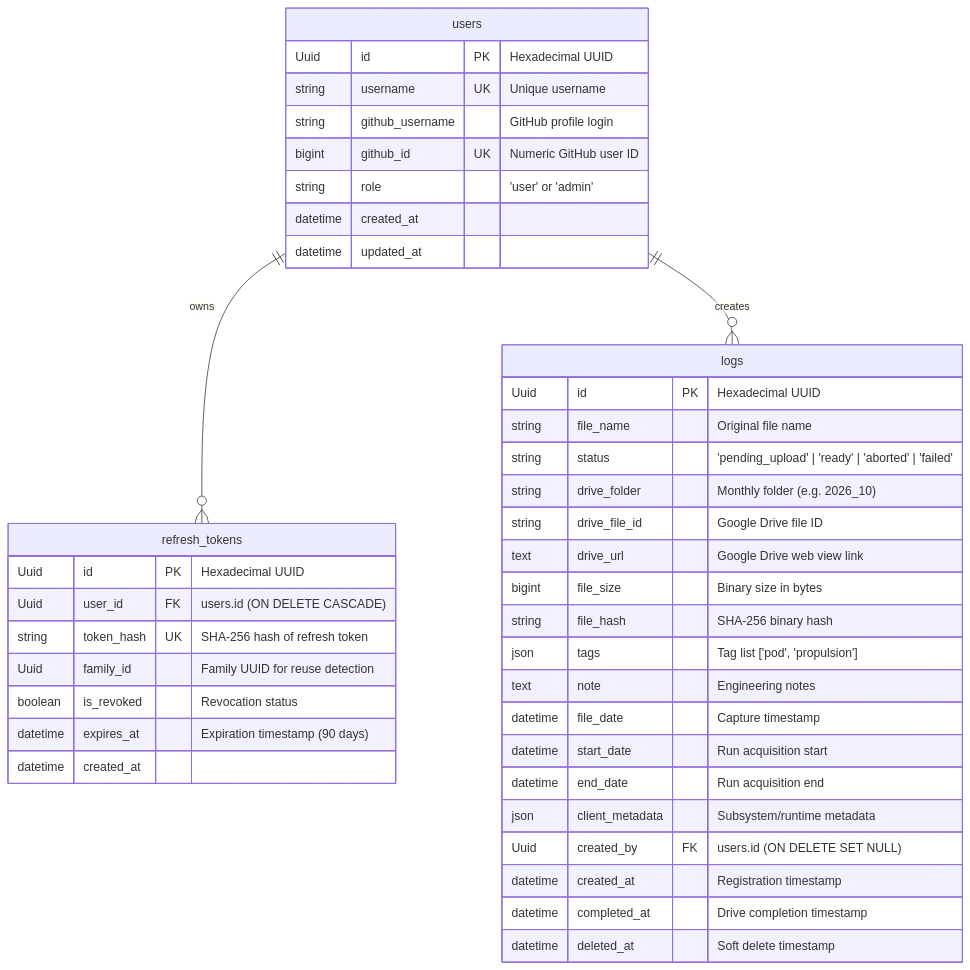
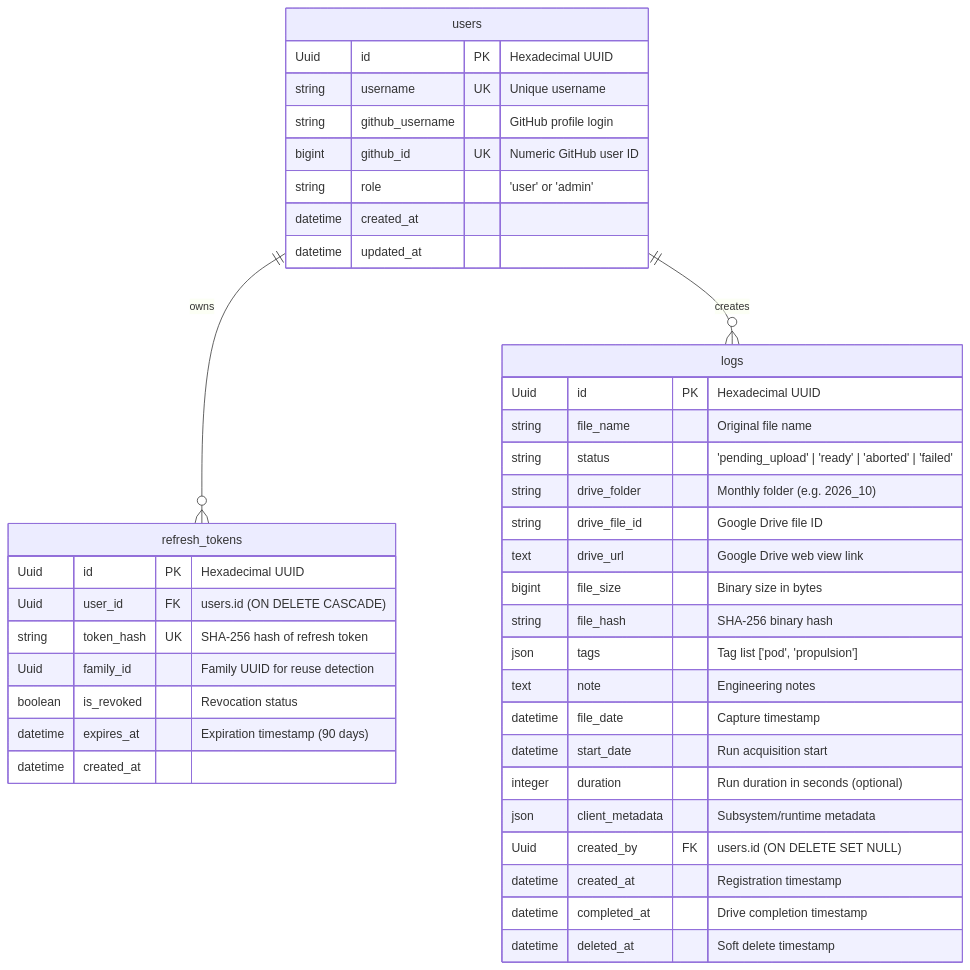
Before and after one commit to Hyperloop-UPV/cloud-logs: the second of 2 diagrams in docs/ARCHITECTURE.md, drawn with Mermaid. The commit also changed 16 other files, not shown here.

Commit message:
feat: Remove end date - End Date is no longer a valid field - Duration is now an optional field - Logs are now asumed instant

````diff
--- a/docs/ARCHITECTURE.md
+++ b/docs/ARCHITECTURE.md
@@ -71,46 +71,46 @@
 ```mermaid
 erDiagram
     users ||--o{ refresh_tokens : "owns"
     users ||--o{ logs : "creates"
 
     users {
         Uuid id PK "Hexadecimal UUID"
         string username UK "Unique username"
         string github_username "GitHub profile login"
         bigint github_id UK "Numeric GitHub user ID"
         string role "'user' or 'admin'"
         datetime created_at
         datetime updated_at
     }
 
     refresh_tokens {
         Uuid id PK "Hexadecimal UUID"
         Uuid user_id FK "users.id (ON DELETE CASCADE)"
         string token_hash UK "SHA-256 hash of refresh token"
         Uuid family_id "Family UUID for reuse detection"
         boolean is_revoked "Revocation status"
         datetime expires_at "Expiration timestamp (90 days)"
         datetime created_at
     }
 
     logs {
         Uuid id PK "Hexadecimal UUID"
         string file_name "Original file name"
         string status "'pending_upload' | 'ready' | 'aborted' | 'failed'"
         string drive_folder "Monthly folder (e.g. 2026_10)"
         string drive_file_id "Google Drive file ID"
         text drive_url "Google Drive web view link"
         bigint file_size "Binary size in bytes"
         string file_hash "SHA-256 binary hash"
         json tags "Tag list ['pod', 'propulsion']"
         text note "Engineering notes"
         datetime file_date "Capture timestamp"
         datetime start_date "Run acquisition start"
-        datetime end_date "Run acquisition end"
+        integer duration "Run duration in seconds (optional)"
         json client_metadata "Subsystem/runtime metadata"
         Uuid created_by FK "users.id (ON DELETE SET NULL)"
         datetime created_at "Registration timestamp"
         datetime completed_at "Drive completion timestamp"
         datetime deleted_at "Soft delete timestamp"
     }
 ```
````
